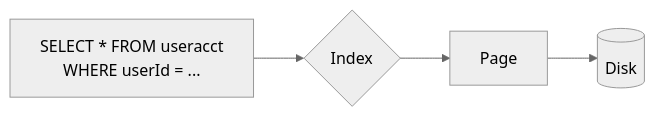
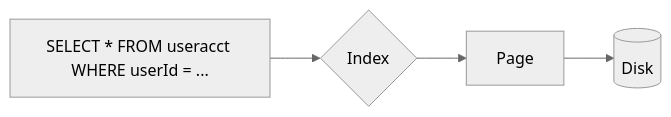
Before and after one commit to yojoecapital/notes: the diagram in CS-525 Advanced Database Organization/3.5-Storage-Models.md, drawn with Mermaid (neutral theme).

````diff
--- a/CS-525 Advanced Database Organization/3.5-Storage-Models.md
+++ b/CS-525 Advanced Database Organization/3.5-Storage-Models.md
@@ -49,9 +49,8 @@
 ```mermaid
 %%{init: {"fontFamily": "Fira Code"}}%%
 flowchart LR
-	code[SELECT * FROM useracct
-	WHERE userId = ...] --> i{Index}
+	code["SELECT * FROM useracct WHERE userId = ..."] --> i{Index}
 	i --> p[Page]
 	p --> d[(Disk)]
 classDef inv fill: #ffffff00, stroke: #ffffff00 
 ```
````
